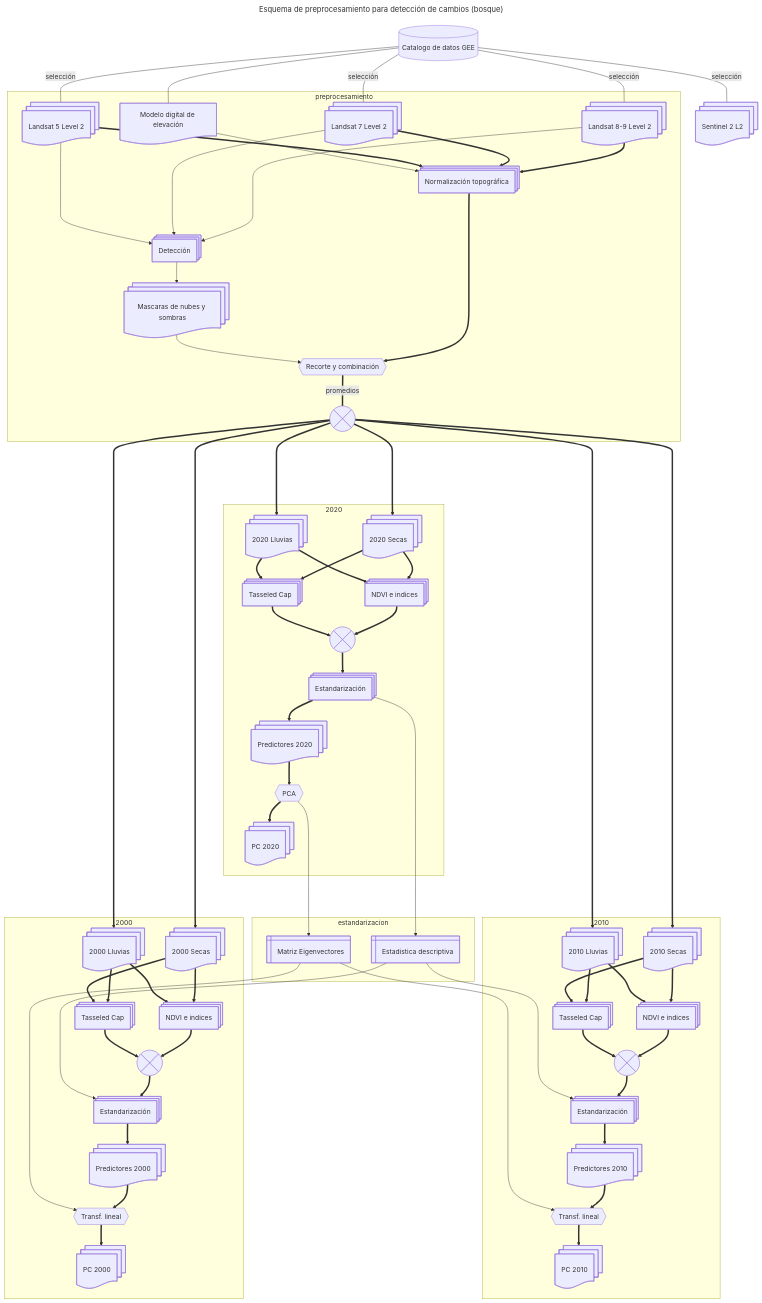
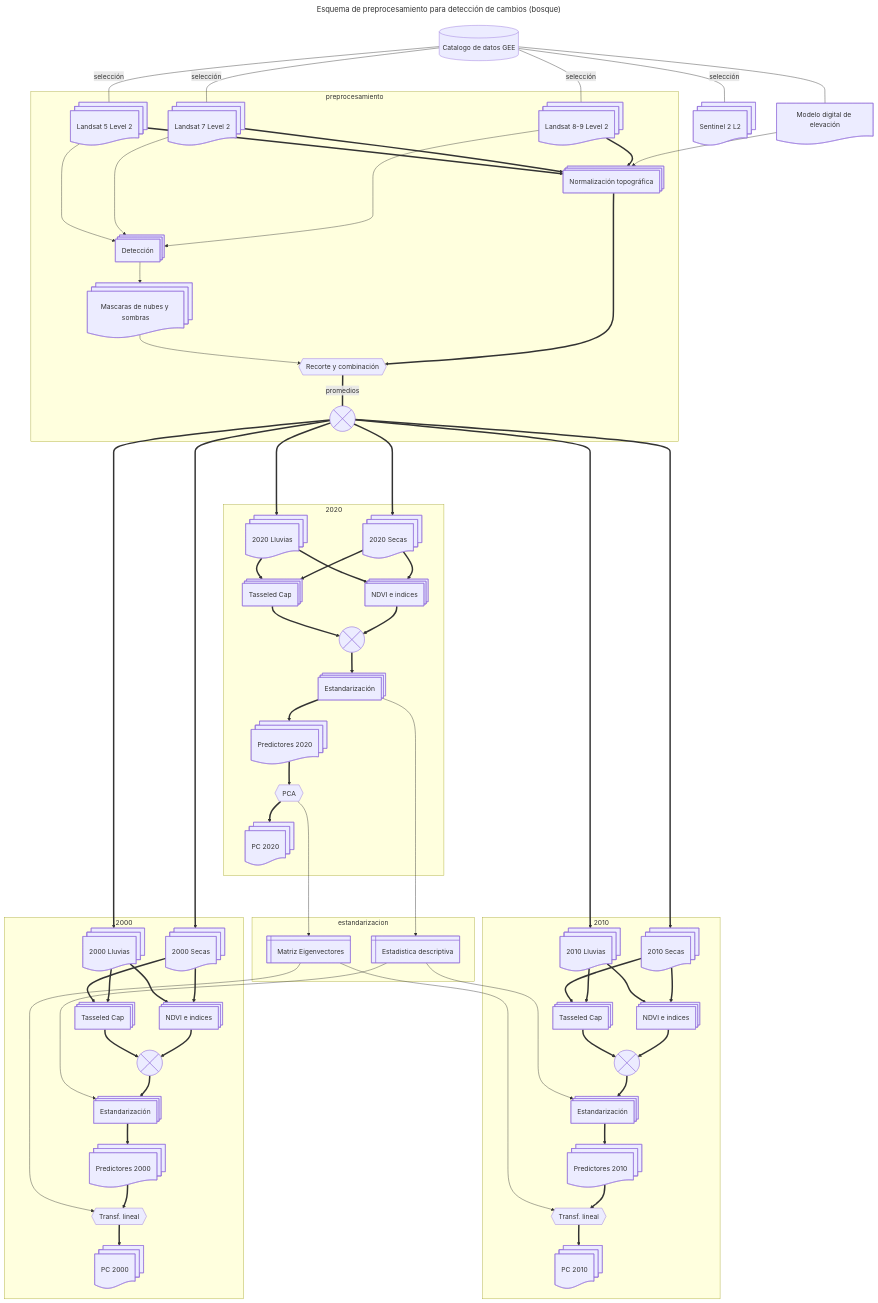
The diagram in ANPs/Esquema_preprocesamiento.mermaid (vshalisko/GEE), drawn with Mermaid before and after one commit.

```diff
--- a/ANPs/Esquema_preprocesamiento.mermaid
+++ b/ANPs/Esquema_preprocesamiento.mermaid
@@ -1,132 +1,131 @@
 ---
 title: Esquema de preprocesamiento para detección de cambios (bosque)
 ---
 flowchart TD
     gee1[(Catalogo de datos GEE)]
     Landsat8@{ shape: docs, label: Landsat 8-9 Level 2}
     Landsat7@{ shape: docs, label: Landsat 7 Level 2}
     Landsat5@{ shape: docs, label: Landsat 5 Level 2}
     Sentinel2@{ shape: docs, label: Sentinel 2 L2}
     MDE@{ shape: doc, label: Modelo digital de elevación}
     
     INS@{ shape: procs, label: "Detección"}
     MNS@{ shape: docs, label: "Mascaras de nubes y sombras"}
     NT@{ shape: procs, label: "Normalización topográfica"}
     Combinacion1@{ shape: hex, label: "Recorte y combinación" }
     Combinacion2@{ shape: cross-circ, label: "Promedios de bandas" }
 
     BSecas2000@{ shape: docs, label: 2000 Secas}
     BLluvias2000@{ shape: docs, label: 2000 Lluvias}
     BSecas2010@{ shape: docs, label: 2010 Secas}
     BLluvias2010@{ shape: docs, label: 2010 Lluvias}
     BSecas2020@{ shape: docs, label: 2020 Secas}
     BLluvias2020@{ shape: docs, label: 2020 Lluvias}
 
     IndVeg2000@{ shape: procs, label: "NDVI e indices"}
     IndVeg2010@{ shape: procs, label: "NDVI e indices"}
     IndVeg2020@{ shape: procs, label: "NDVI e indices"}
     Tass2000@{ shape: procs, label: "Tasseled Cap"}
     Tass2010@{ shape: procs, label: "Tasseled Cap"}
     Tass2020@{ shape: procs, label: "Tasseled Cap"}
 
     Comb2000@{ shape: cross-circ, label: "Combinación" }
     Comb2010@{ shape: cross-circ, label: "Combinación" }
     Comb2020@{ shape: cross-circ, label: "Combinación" }
 
     Est2000@{ shape: procs, label: "Estandarización"}
     Est2010@{ shape: procs, label: "Estandarización"}
     Est2020@{ shape: procs, label: "Estandarización"}
 
     Capas2000@{ shape: docs, label: "Predictores 2000"}
     Capas2010@{ shape: docs, label: "Predictores 2010"}
     Capas2020@{ shape: docs, label: "Predictores 2020"}
 
     PCA2020@{ shape: hex, label: "PCA"}
     TL2000@{ shape: hex, label: "Transf. lineal"}
     TL2010@{ shape: hex, label: "Transf. lineal"}
 
     CapasPCA2000@{ shape: docs, label: "PC 2000"}
     CapasPCA2010@{ shape: docs, label: "PC 2010"}
     CapasPCA2020@{ shape: docs, label: "PC 2020"}
 
     Estadisticas@{ shape: win-pane, label: "Estadistica descriptiva" }
     Eigenvectors@{ shape: win-pane, label: "Matriz Eigenvectores" }
 
     gee1---|selección|Landsat8
     gee1---|selección|Landsat7
     gee1---|selección|Landsat5
     gee1---|selección|Sentinel2
     gee1---MDE
+    MDE-->NT
 
     subgraph preprocesamiento
         Landsat8==>NT
         Landsat7==>NT
         Landsat5==>NT
         NT==>Combinacion1
 
         Landsat8---->INS
         Landsat7---->INS
         Landsat5---->INS
 
-        MDE-->NT
         INS-->MNS
         MNS-->Combinacion1
         Combinacion1===|promedios|Combinacion2
-        
     end
 
     Combinacion2====>BSecas2000
     Combinacion2====>BLluvias2000
     Combinacion2====>BSecas2010
     Combinacion2====>BLluvias2010
     Combinacion2====>BSecas2020
     Combinacion2====>BLluvias2020
 
     subgraph 2000
         BSecas2000==>IndVeg2000
         BLluvias2000==>Tass2000
         BLluvias2000==>IndVeg2000
         BSecas2000==>Tass2000
         IndVeg2000==>Comb2000
         Tass2000==>Comb2000
         Comb2000==>Est2000
         Est2000==>Capas2000
         Capas2000==>TL2000
         TL2000==>CapasPCA2000
     end
 
     subgraph 2010
         BSecas2010==>IndVeg2010
         BLluvias2010==>Tass2010
         BLluvias2010==>IndVeg2010
         BSecas2010==>Tass2010
         IndVeg2010==>Comb2010
         Tass2010==>Comb2010
         Comb2010==>Est2010
         Est2010==>Capas2010
         Capas2010==>TL2010
         TL2010==>CapasPCA2010
     end
 
     subgraph 2020
         BSecas2020==>IndVeg2020
         BSecas2020==>Tass2020
         BLluvias2020==>IndVeg2020
         BLluvias2020==>Tass2020
         IndVeg2020==>Comb2020
         Tass2020==>Comb2020
         Comb2020==>Est2020
         Est2020==>Capas2020
         Capas2020==>PCA2020
         PCA2020==>CapasPCA2020
     end
 
     subgraph estandarizacion
         Est2020---->Estadisticas
         Estadisticas---->Est2000
         Estadisticas---->Est2010
 
         PCA2020---->Eigenvectors
         Eigenvectors---->TL2000
         Eigenvectors---->TL2010
     end
```
